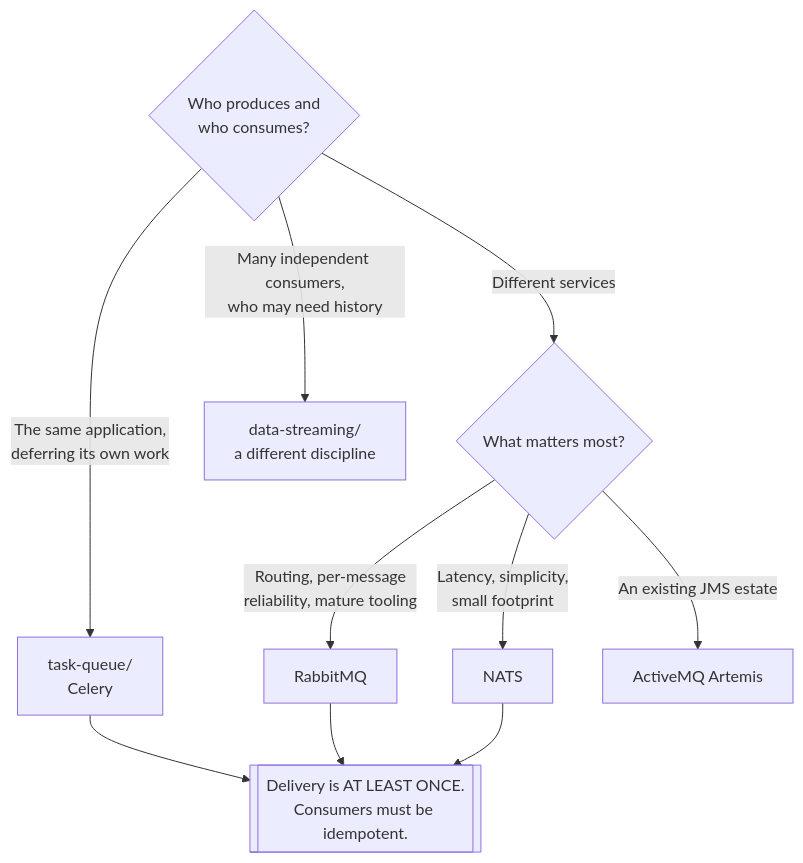
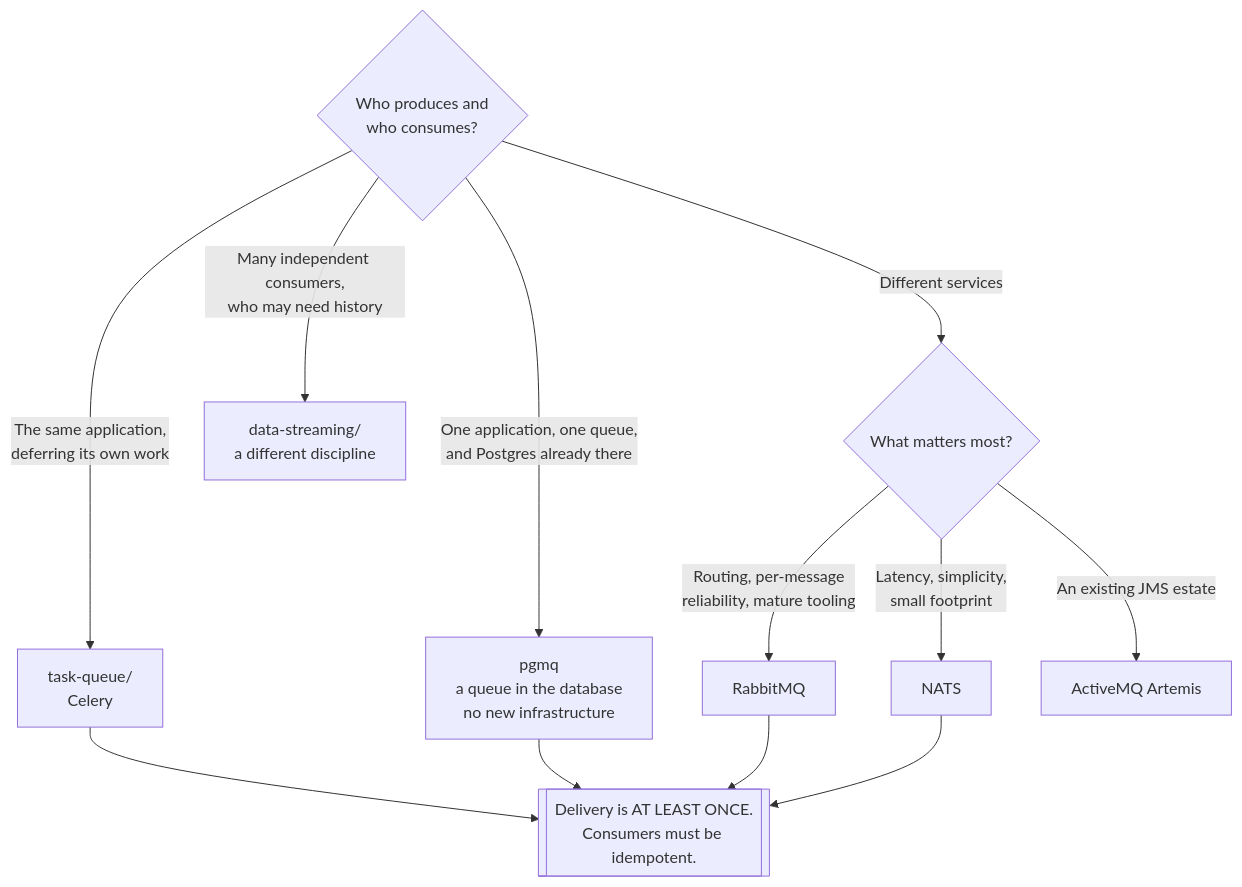
Before and after one commit to andreyolv/pikakube: the diagram in infrastructure/software-engineering/messaging/README.md, drawn with Mermaid. The commit also changed other lines of this file and 40 other files, not shown here.

````diff
--- a/infrastructure/software-engineering/messaging/README.md
+++ b/infrastructure/software-engineering/messaging/README.md
@@ -91,18 +98,20 @@
 ```mermaid
 flowchart TD
     START{Who produces and<br/>who consumes?}
 
     START -->|The same application,<br/>deferring its own work| TQ[task-queue/<br/>Celery]
+    START -->|One application, one queue,<br/>and Postgres already there| PGMQ[pgmq<br/>a queue in the database<br/>no new infrastructure]
     START -->|Different services| Q1
     START -->|Many independent consumers,<br/>who may need history| DS[data-streaming/<br/>a different discipline]
 
     Q1{What matters most?}
     Q1 -->|Routing, per-message<br/>reliability, mature tooling| RMQ[RabbitMQ]
     Q1 -->|Latency, simplicity,<br/>small footprint| NATS[NATS]
     Q1 -->|An existing JMS estate| AMQ[ActiveMQ Artemis]
 
     TQ --> IDEM
+    PGMQ --> IDEM
     RMQ --> IDEM
     NATS --> IDEM
     IDEM[[Delivery is AT LEAST ONCE.<br/>Consumers must be idempotent.]]
 ```
````
